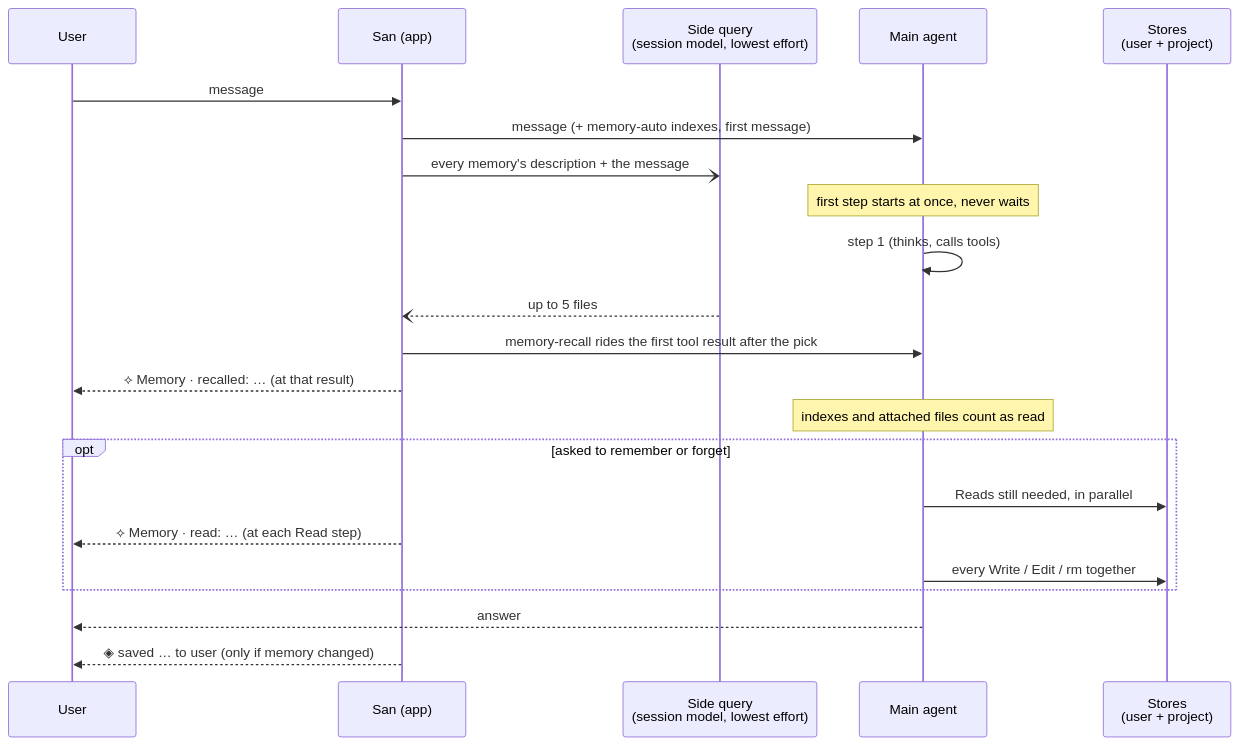
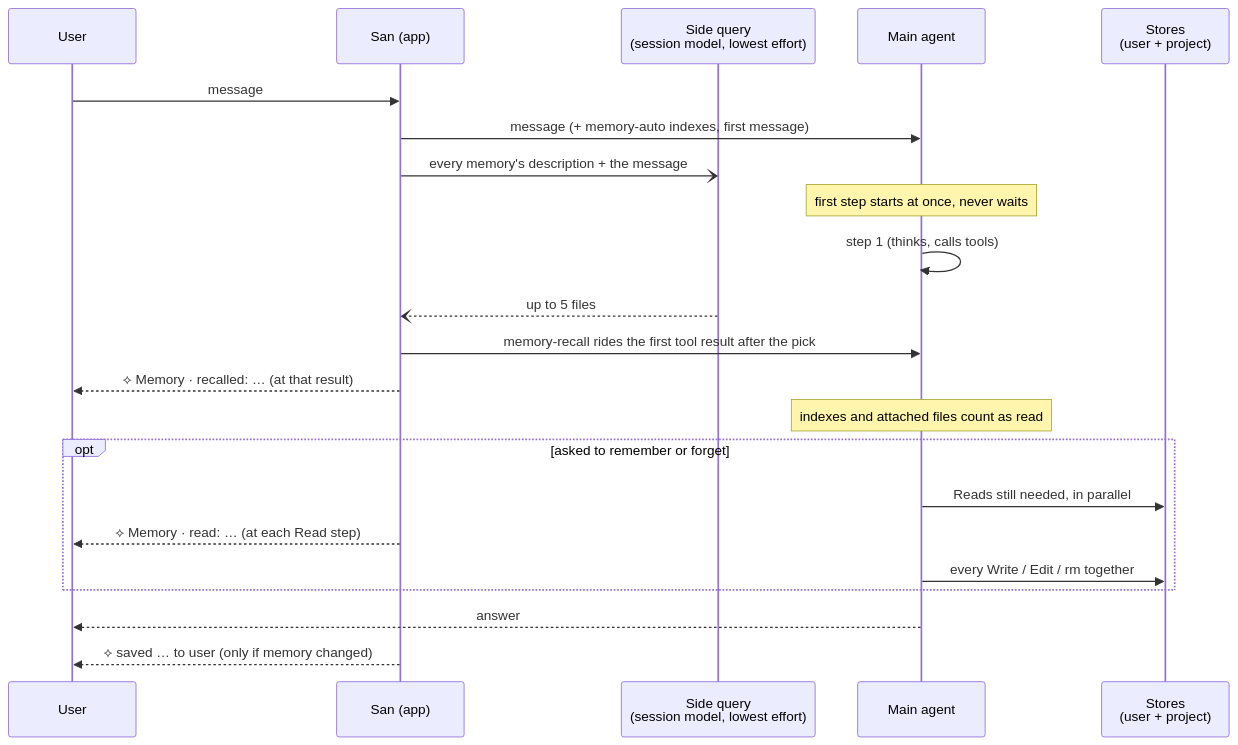
The diagram in docs/concepts/auto-memory.md (genai-io/san), drawn with Mermaid before and after one commit. The commit also changed other lines of this file and 2 other files, not shown here.

Commit message:
fix(tui): use the hollow-star marker for every memory action

````diff
--- a/docs/concepts/auto-memory.md
+++ b/docs/concepts/auto-memory.md
@@ -44,25 +44,25 @@
 ```mermaid
 sequenceDiagram
     participant U as User
     participant App as San (app)
     participant Sel as Side query<br/>(session model, lowest effort)
     participant A as Main agent
     participant S as Stores<br/>(user + project)
 
     U->>App: message
     App->>A: message (+ memory-auto indexes, first message)
     App-)Sel: every memory's description + the message
     Note over A: first step starts at once, never waits
     A->>A: step 1 (thinks, calls tools)
     Sel--)App: up to 5 files
     App->>A: memory-recall rides the first tool result after the pick
     App-->>U: ⟡ Memory · recalled: … (at that result)
     Note over A: indexes and attached files count as read
     opt asked to remember or forget
         A->>S: Reads still needed, in parallel
         App-->>U: ⟡ Memory · read: … (at each Read step)
         A->>S: every Write / Edit / rm together
     end
     A-->>U: answer
-    App-->>U: ◈ saved … to user (only if memory changed)
+    App-->>U: ⟡ saved … to user (only if memory changed)
 ```
````
